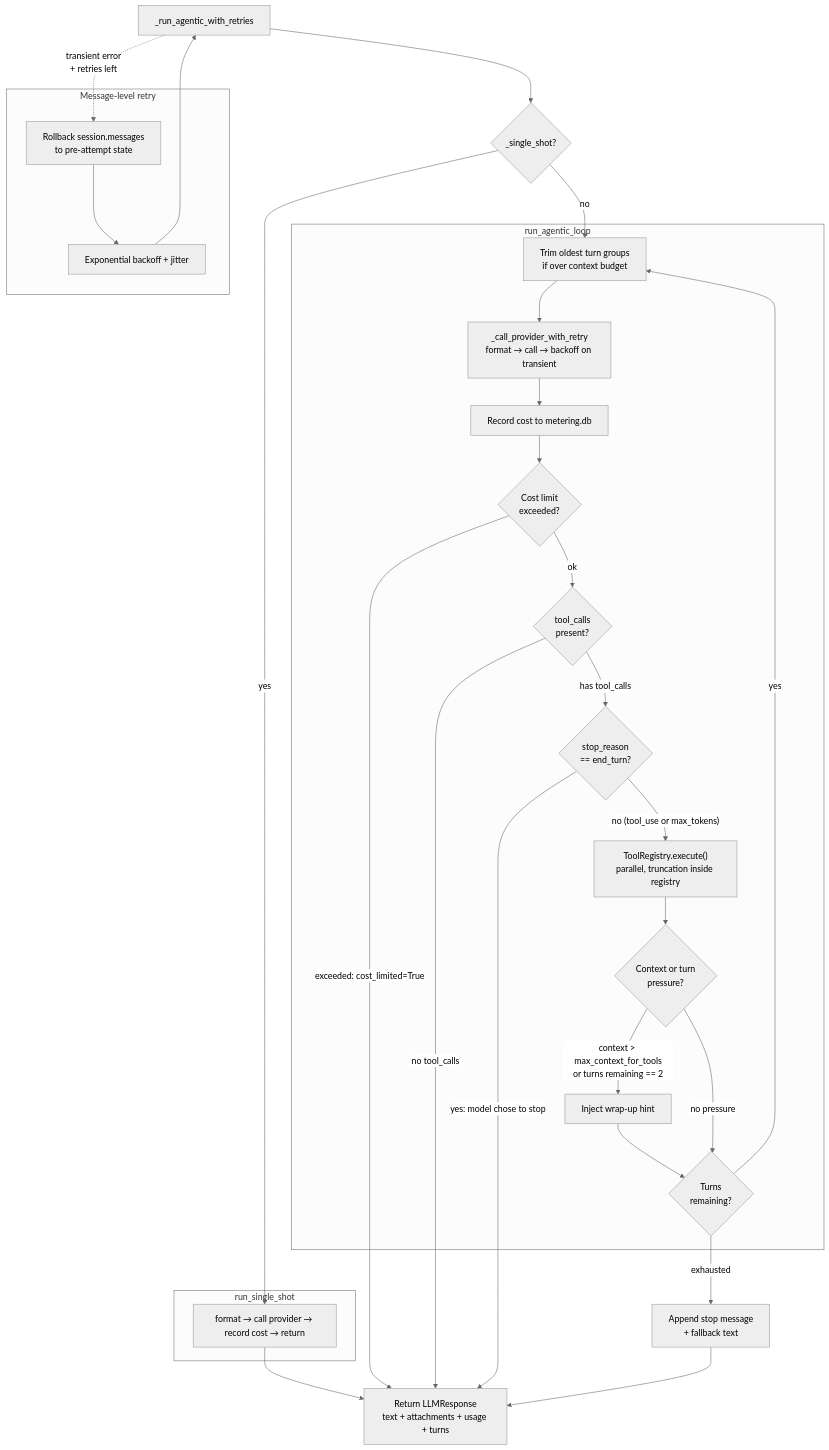
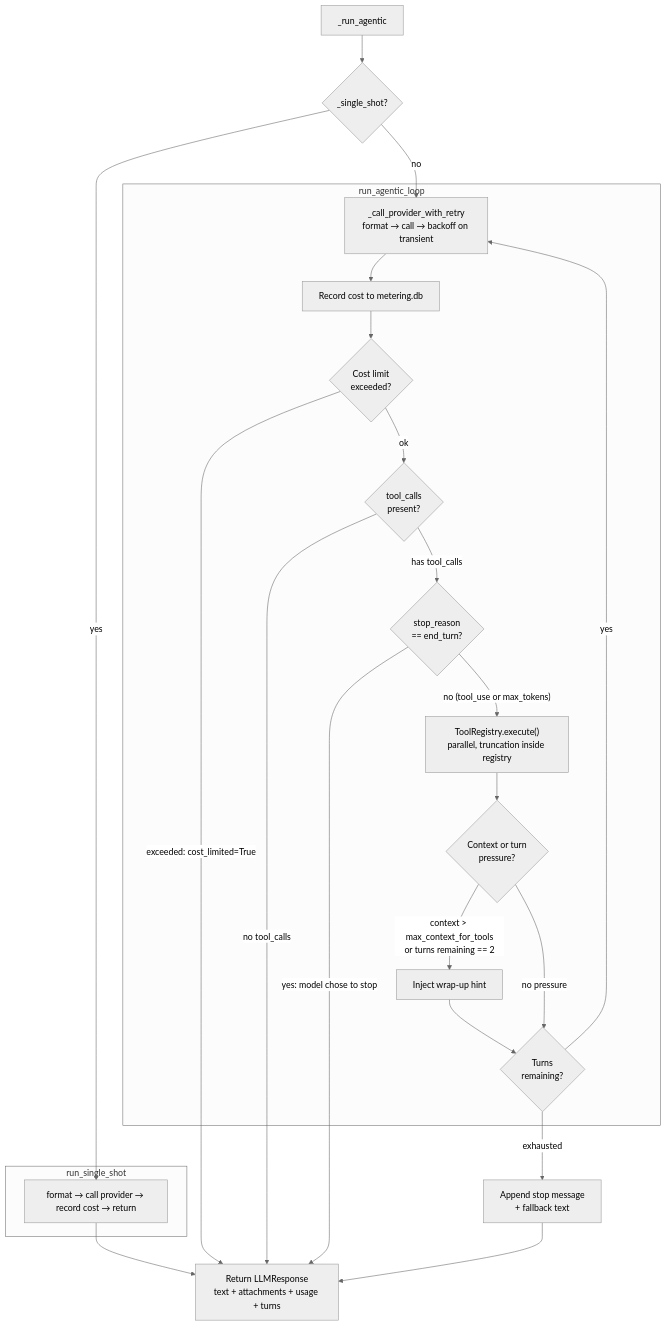
Before and after one commit to nicolasforstinger/lucyd: the second of 10 diagrams in docs/diagrams.md, drawn with Mermaid (neutral theme). The commit also changed other lines of this file and 27 other files, not shown here.

````diff
--- a/docs/diagrams.md
+++ b/docs/diagrams.md
@@ -129,46 +129,38 @@
 ```mermaid
 flowchart TD
-    START["_run_agentic_with_retries"]
+    START["_run_agentic"]
     DISPATCH{"_single_shot?"}
 
     subgraph SingleShot["run_single_shot"]
         SS["format → call provider → record cost → return"]
     end
 
     subgraph ToolUse["run_agentic_loop"]
-        TRIM["Trim oldest turn groups<br/>if over context budget"]
         CALL["_call_provider_with_retry<br/>format → call → backoff on transient"]
         METER["Record cost to metering.db"]
         COST_CHECK{"Cost limit<br/>exceeded?"}
         STOP{"tool_calls<br/>present?"}
         ENDTURN{"stop_reason<br/>== end_turn?"}
         TOOLS["ToolRegistry.execute()<br/>parallel, truncation inside registry"]
         PRESSURE{"Context or turn<br/>pressure?"}
         HINT["Inject wrap-up hint"]
         TURNS{"Turns<br/>remaining?"}
     end
 
     RETURN["Return LLMResponse<br/>text + attachments + usage + turns"]
     MAX_TURNS["Append stop message<br/>+ fallback text"]
 
-    subgraph Retry["Message-level retry"]
-        ROLLBACK["Rollback session.messages<br/>to pre-attempt state"]
-        BACKOFF["Exponential backoff + jitter"]
-    end
-
     START --> DISPATCH
     DISPATCH -->|yes| SS --> RETURN
-    DISPATCH -->|no| TRIM --> CALL --> METER --> COST_CHECK
+    DISPATCH -->|no| CALL --> METER --> COST_CHECK
     COST_CHECK -->|"exceeded: cost_limited=True"| RETURN
     COST_CHECK -->|ok| STOP
     STOP -->|"no tool_calls"| RETURN
     STOP -->|"has tool_calls"| ENDTURN
     ENDTURN -->|"yes: model chose to stop"| RETURN
     ENDTURN -->|"no (tool_use or max_tokens)"| TOOLS --> PRESSURE
     PRESSURE -->|"context > max_context_for_tools<br/>or turns remaining == 2"| HINT --> TURNS
     PRESSURE -->|"no pressure"| TURNS
-    TURNS -->|yes| TRIM
+    TURNS -->|yes| CALL
     TURNS -->|exhausted| MAX_TURNS --> RETURN
-
-    START -.->|"transient error<br/>+ retries left"| ROLLBACK --> BACKOFF --> START
 ```
````
